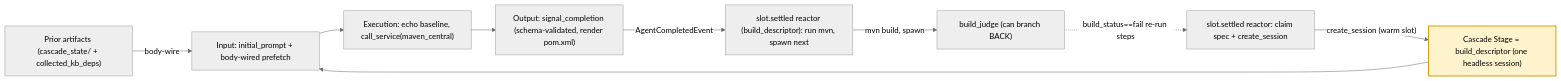
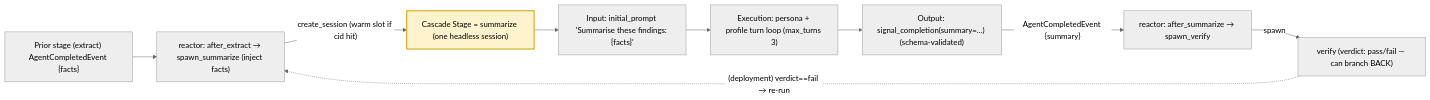
Before and after one commit to Jaato-framework-and-examples/the_Jaato_Arch_visualization: the diagram in components/10-cascade-stages.md, drawn with Mermaid (neutral theme). The commit also changed other lines of this file and 3 other files, not shown here.

````diff
--- a/components/10-cascade-stages.md
+++ b/components/10-cascade-stages.md
@@ -100,22 +105,22 @@
 ```mermaid
 flowchart LR
-  artifacts["Prior artifacts (cascade_state/ + collected_kb_deps)"]
-  spawnReactor["slot.settled reactor: claim spec + create_session"]
-  stage["Cascade Stage = build_descriptor (one headless session)"]
-  input["Input: initial_prompt + body-wired prefetch"]
-  exec["Execution: echo baseline, call_service(maven_central)"]
-  output["Output: signal_completion (schema-validated, render pom.xml)"]
-  nextReactor["slot.settled reactor (build_descriptor): run mvn, spawn next"]
-  judge["build_judge (can branch BACK)"]
+  prior["Prior stage (extract) AgentCompletedEvent {facts}"]
+  spawnReactor["reactor: after_extract → spawn_summarize (inject facts)"]
+  stage["Cascade Stage = summarize (one headless session)"]
+  input["Input: initial_prompt 'Summarise these findings: {facts}'"]
+  exec["Execution: persona + profile turn loop (max_turns 3)"]
+  output["Output: signal_completion(summary=…) (schema-validated)"]
+  nextReactor["reactor: after_summarize → spawn_verify"]
+  verify["verify (verdict: pass/fail — can branch BACK)"]
 
-  artifacts -->|"body-wire"| input
-  spawnReactor -->|"create_session (warm slot)"| stage
+  prior --> spawnReactor
+  spawnReactor -->|"create_session (warm slot if cid hit)"| stage
   stage --> input
   input --> exec
   exec --> output
-  output -->|"AgentCompletedEvent"| nextReactor
-  nextReactor -->|"mvn build, spawn"| judge
-  judge -.->|"build_status==fail re-run steps"| spawnReactor
+  output -->|"AgentCompletedEvent {summary}"| nextReactor
+  nextReactor -->|"spawn"| verify
+  verify -.->|"(deployment) verdict==fail → re-run"| spawnReactor
 
   style stage fill:#fff3cd,stroke:#d39e00,stroke-width:2px
 ```
````
